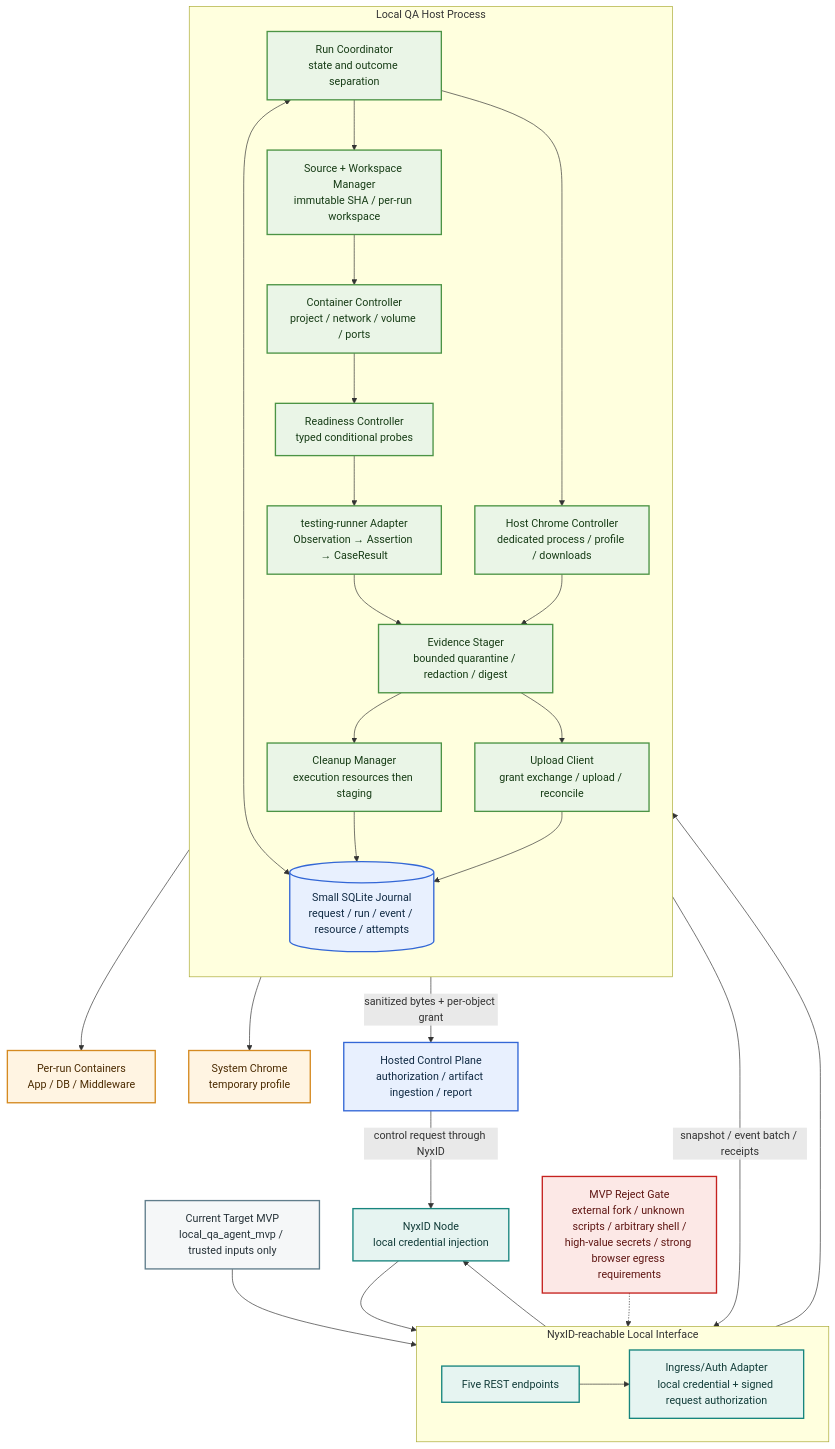
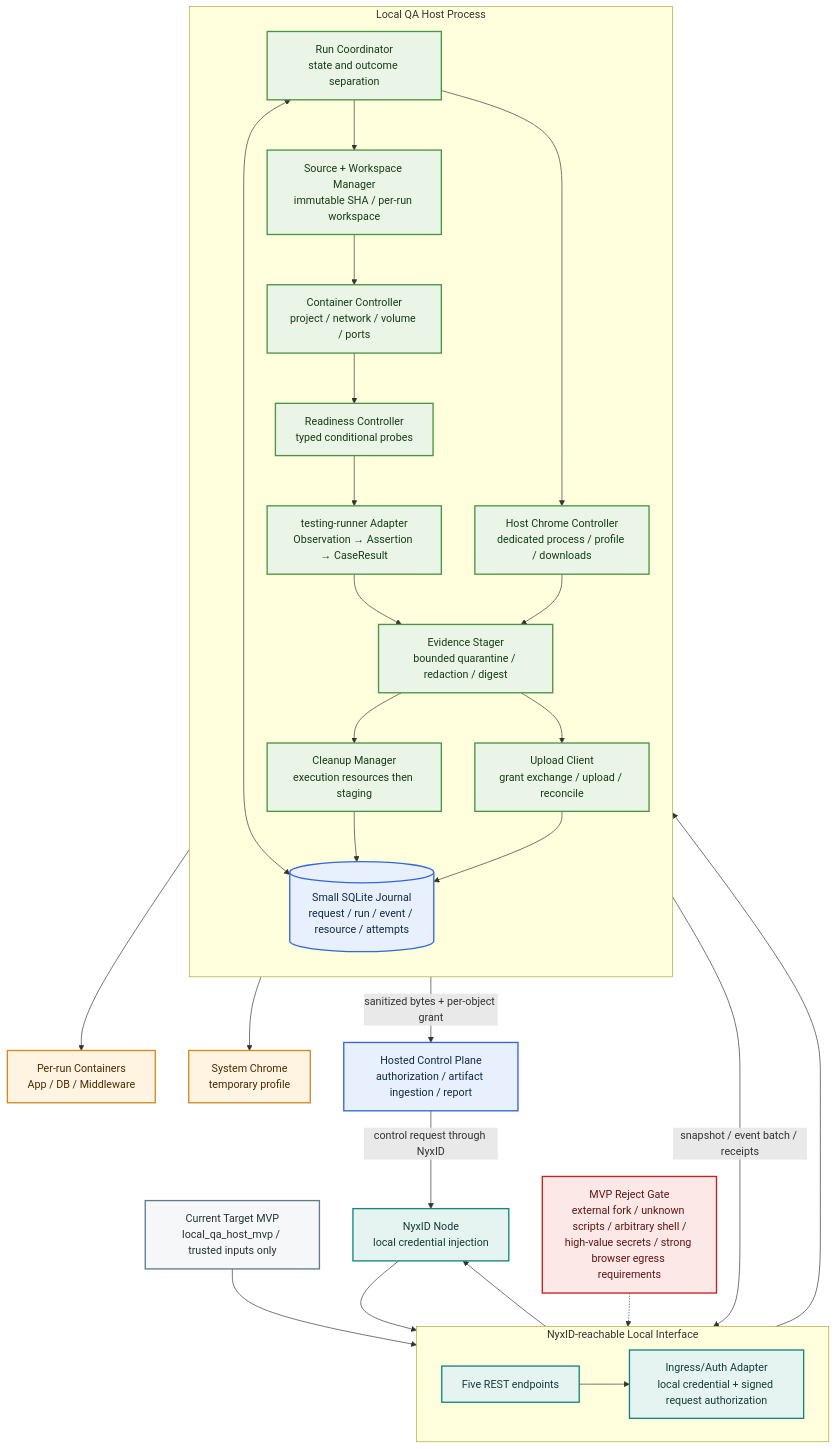
Before and after one commit to ChronoAIProject/fkst-hosted: the diagram in docs/local-qa-runtime/mvp/fkst-local-qa-host-internals.mmd, drawn with Mermaid. The commit also changed 3 other files, not shown here.

Commit message:
docs: align Local QA Host naming

```diff
--- a/docs/local-qa-runtime/mvp/fkst-local-qa-host-internals.mmd
+++ b/docs/local-qa-runtime/mvp/fkst-local-qa-host-internals.mmd
@@ -1,65 +1,65 @@
 flowchart TB
-  PROFILE["Current Target MVP<br/>local_qa_agent_mvp / trusted inputs only"]
+  PROFILE["Current Target MVP<br/>local_qa_host_mvp / trusted inputs only"]
 
   subgraph INGRESS["NyxID-reachable Local Interface"]
     direction LR
     API["Five REST endpoints"]
     AUTH["Ingress/Auth Adapter<br/>local credential + signed request authorization"]
     API --> AUTH
   end
 
   subgraph CORE["Local QA Host Process"]
     direction TB
     COORD["Run Coordinator<br/>state and outcome separation"]
     JOURNAL[("Small SQLite Journal<br/>request / run / event / resource / attempts")]
     SOURCE["Source + Workspace Manager<br/>immutable SHA / per-run workspace"]
     ENV["Container Controller<br/>project / network / volume / ports"]
     READY["Readiness Controller<br/>typed conditional probes"]
     RUNNER["testing-runner Adapter<br/>Observation → Assertion → CaseResult"]
     BROWSER["Host Chrome Controller<br/>dedicated process / profile / downloads"]
     STAGE["Evidence Stager<br/>bounded quarantine / redaction / digest"]
     CLEAN["Cleanup Manager<br/>execution resources then staging"]
     UPLOAD["Upload Client<br/>grant exchange / upload / reconcile"]
 
     AUTH --> COORD
     COORD <--> JOURNAL
     COORD --> SOURCE --> ENV --> READY --> RUNNER
     COORD --> BROWSER
     RUNNER --> STAGE
     BROWSER --> STAGE
     STAGE --> CLEAN
     STAGE --> UPLOAD
     CLEAN --> JOURNAL
     UPLOAD --> JOURNAL
   end
 
   NODE["NyxID Node<br/>local credential injection"]
   HOSTED["Hosted Control Plane<br/>authorization / artifact ingestion / report"]
   CONTAINERS["Per-run Containers<br/>App / DB / Middleware"]
   CHROME["System Chrome<br/>temporary profile"]
 
   PROFILE --> API
   NODE --> API
   API --> NODE
   HOSTED -->|"control request through NyxID"| NODE
   ENV --> CONTAINERS
   BROWSER --> CHROME
   UPLOAD -->|"sanitized bytes + per-object grant"| HOSTED
   JOURNAL -->|"snapshot / event batch / receipts"| API
 
   DENY["MVP Reject Gate<br/>external fork / unknown scripts / arbitrary shell /<br/>high-value secrets / strong browser egress requirements"]
   DENY -.-> AUTH
 
   classDef ingress fill:#E6F4F1,stroke:#17857E,color:#123C39,stroke-width:2px;
   classDef core fill:#EAF5E7,stroke:#4C9445,color:#173C16,stroke-width:2px;
   classDef data fill:#E8F0FE,stroke:#3367D6,color:#102A43,stroke-width:2px;
   classDef resource fill:#FFF4E2,stroke:#D58A20,color:#4A2A00,stroke-width:2px;
   classDef gate fill:#FCE8E6,stroke:#C5221F,color:#5F1613,stroke-width:2px;
   classDef profile fill:#F5F7F8,stroke:#607D8B,color:#263238,stroke-width:2px;
 
   class API,AUTH,NODE ingress;
   class COORD,SOURCE,ENV,READY,RUNNER,BROWSER,STAGE,CLEAN,UPLOAD core;
   class JOURNAL,HOSTED data;
   class CONTAINERS,CHROME resource;
   class DENY gate;
   class PROFILE profile;
```
